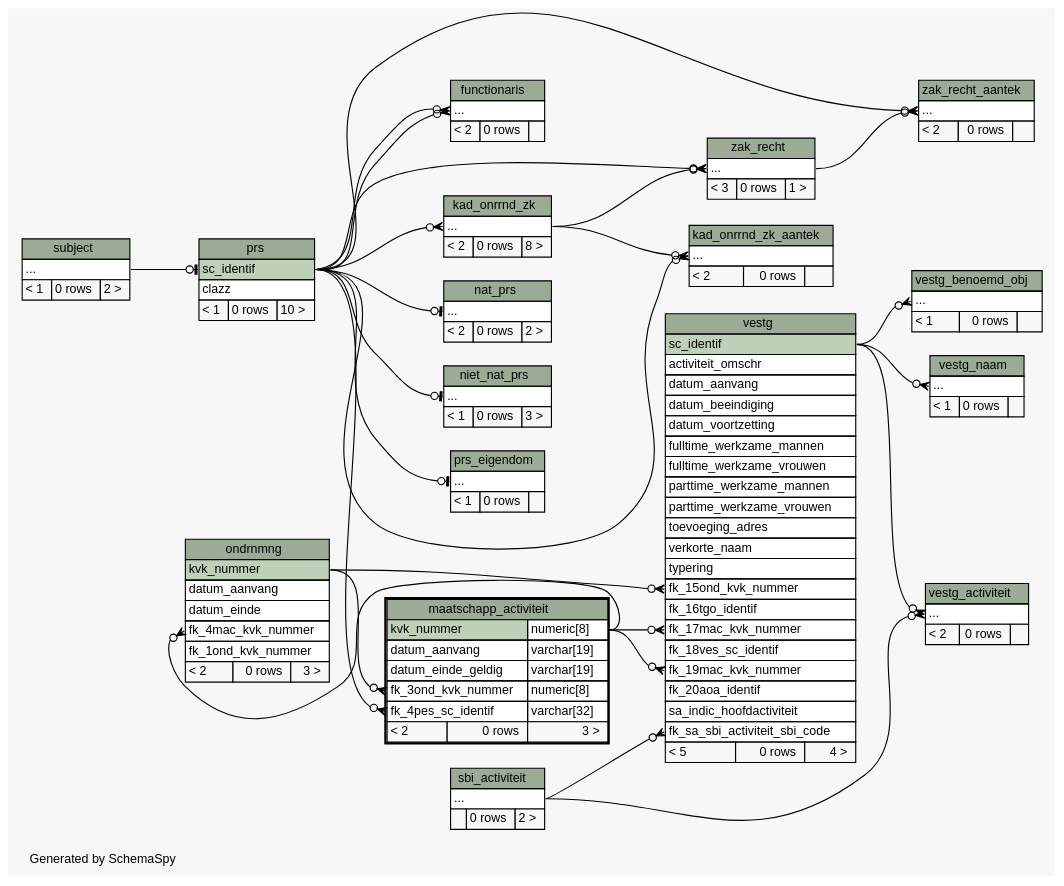
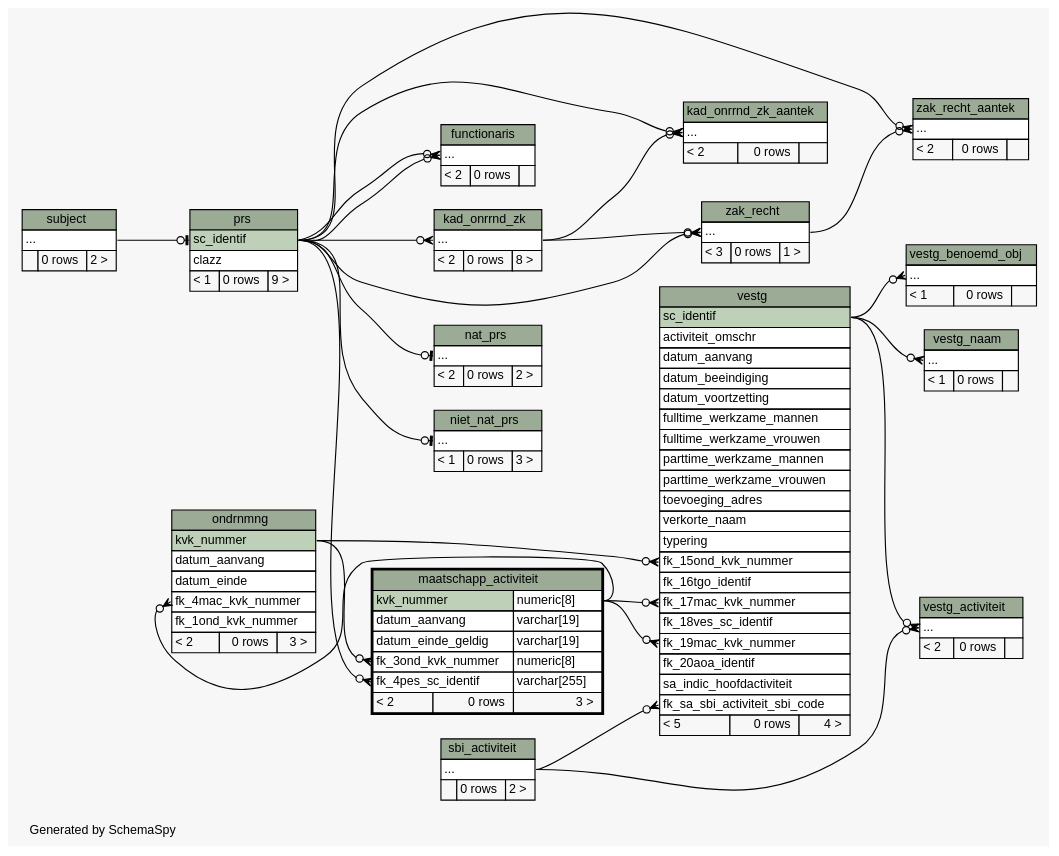
One commit to B3Partners/brmo changed the diagram in datamodel/schemaspy/diagrams/maatschapp_activiteit.2degrees.dot. Above: the diagram before and after it, drawn with Graphviz. The commit also changed 3409 other files, not shown here.

```diff
--- a/datamodel/schemaspy/diagrams/maatschapp_activiteit.2degrees.dot
+++ b/datamodel/schemaspy/diagrams/maatschapp_activiteit.2degrees.dot
@@ -30,7 +30,6 @@
   "niet_nat_prs":"elipses":w -> "prs":"sc_identif":e [arrowhead=none dir=back arrowtail=teeodot];
   "ondrnmng":"fk_4mac_kvk_nummer":w -> "maatschapp_activiteit":"kvk_nummer.type":e [arrowhead=none dir=back arrowtail=crowodot];
   "prs":"sc_identif":w -> "subject":"elipses":e [arrowhead=none dir=back arrowtail=teeodot];
-  "prs_eigendom":"elipses":w -> "prs":"sc_identif":e [arrowhead=none dir=back arrowtail=teeodot];
   "vestg":"fk_15ond_kvk_nummer":w -> "ondrnmng":"kvk_nummer":e [arrowhead=none dir=back arrowtail=crowodot];
   "vestg":"fk_17mac_kvk_nummer":w -> "maatschapp_activiteit":"kvk_nummer.type":e [arrowhead=none dir=back arrowtail=crowodot];
   "vestg":"fk_19mac_kvk_nummer":w -> "maatschapp_activiteit":"kvk_nummer.type":e [arrowhead=none dir=back arrowtail=crowodot];
@@ -81,7 +80,7 @@
       <TR><TD PORT="datum_aanvang" COLSPAN="2" ALIGN="LEFT">datum_aanvang</TD><TD PORT="datum_aanvang.type" ALIGN="LEFT">varchar[19]</TD></TR>
       <TR><TD PORT="datum_einde_geldig" COLSPAN="2" ALIGN="LEFT">datum_einde_geldig</TD><TD PORT="datum_einde_geldig.type" ALIGN="LEFT">varchar[19]</TD></TR>
       <TR><TD PORT="fk_3ond_kvk_nummer" COLSPAN="2" ALIGN="LEFT">fk_3ond_kvk_nummer</TD><TD PORT="fk_3ond_kvk_nummer.type" ALIGN="LEFT">numeric[8]</TD></TR>
-      <TR><TD PORT="fk_4pes_sc_identif" COLSPAN="2" ALIGN="LEFT">fk_4pes_sc_identif</TD><TD PORT="fk_4pes_sc_identif.type" ALIGN="LEFT">varchar[32]</TD></TR>
+      <TR><TD PORT="fk_4pes_sc_identif" COLSPAN="2" ALIGN="LEFT">fk_4pes_sc_identif</TD><TD PORT="fk_4pes_sc_identif.type" ALIGN="LEFT">varchar[255]</TD></TR>
       <TR><TD ALIGN="LEFT" BGCOLOR="#f7f7f7">&lt; 2</TD><TD ALIGN="RIGHT" BGCOLOR="#f7f7f7">0 rows</TD><TD ALIGN="RIGHT" BGCOLOR="#f7f7f7">3 &gt;</TD></TR>
     </TABLE>>
     URL="maatschapp_activiteit.html"
@@ -127,20 +126,10 @@
       <TR><TD COLSPAN="3" BGCOLOR="#9bab96" ALIGN="CENTER">prs</TD></TR>
       <TR><TD PORT="sc_identif" COLSPAN="3" BGCOLOR="#bed1b8" ALIGN="LEFT">sc_identif</TD></TR>
       <TR><TD PORT="clazz" COLSPAN="3" ALIGN="LEFT">clazz</TD></TR>
-      <TR><TD ALIGN="LEFT" BGCOLOR="#f7f7f7">&lt; 1</TD><TD ALIGN="RIGHT" BGCOLOR="#f7f7f7">0 rows</TD><TD ALIGN="RIGHT" BGCOLOR="#f7f7f7">10 &gt;</TD></TR>
+      <TR><TD ALIGN="LEFT" BGCOLOR="#f7f7f7">&lt; 1</TD><TD ALIGN="RIGHT" BGCOLOR="#f7f7f7">0 rows</TD><TD ALIGN="RIGHT" BGCOLOR="#f7f7f7">9 &gt;</TD></TR>
     </TABLE>>
     URL="prs.html"
     tooltip="prs"
-  ];
-  "prs_eigendom" [
-    label=<
-    <TABLE BORDER="0" CELLBORDER="1" CELLSPACING="0" BGCOLOR="#ffffff">
-      <TR><TD COLSPAN="3" BGCOLOR="#9bab96" ALIGN="CENTER">prs_eigendom</TD></TR>
-      <TR><TD PORT="elipses" COLSPAN="3" ALIGN="LEFT">...</TD></TR>
-      <TR><TD ALIGN="LEFT" BGCOLOR="#f7f7f7">&lt; 1</TD><TD ALIGN="RIGHT" BGCOLOR="#f7f7f7">0 rows</TD><TD ALIGN="RIGHT" BGCOLOR="#f7f7f7">  </TD></TR>
-    </TABLE>>
-    URL="prs_eigendom.html"
-    tooltip="prs_eigendom"
   ];
   "sbi_activiteit" [
     label=<
@@ -157,7 +146,7 @@
     <TABLE BORDER="0" CELLBORDER="1" CELLSPACING="0" BGCOLOR="#ffffff">
       <TR><TD COLSPAN="3" BGCOLOR="#9bab96" ALIGN="CENTER">subject</TD></TR>
       <TR><TD PORT="elipses" COLSPAN="3" ALIGN="LEFT">...</TD></TR>
-      <TR><TD ALIGN="LEFT" BGCOLOR="#f7f7f7">&lt; 1</TD><TD ALIGN="RIGHT" BGCOLOR="#f7f7f7">0 rows</TD><TD ALIGN="RIGHT" BGCOLOR="#f7f7f7">2 &gt;</TD></TR>
+      <TR><TD ALIGN="LEFT" BGCOLOR="#f7f7f7">  </TD><TD ALIGN="RIGHT" BGCOLOR="#f7f7f7">0 rows</TD><TD ALIGN="RIGHT" BGCOLOR="#f7f7f7">2 &gt;</TD></TR>
     </TABLE>>
     URL="subject.html"
     tooltip="subject"
```
